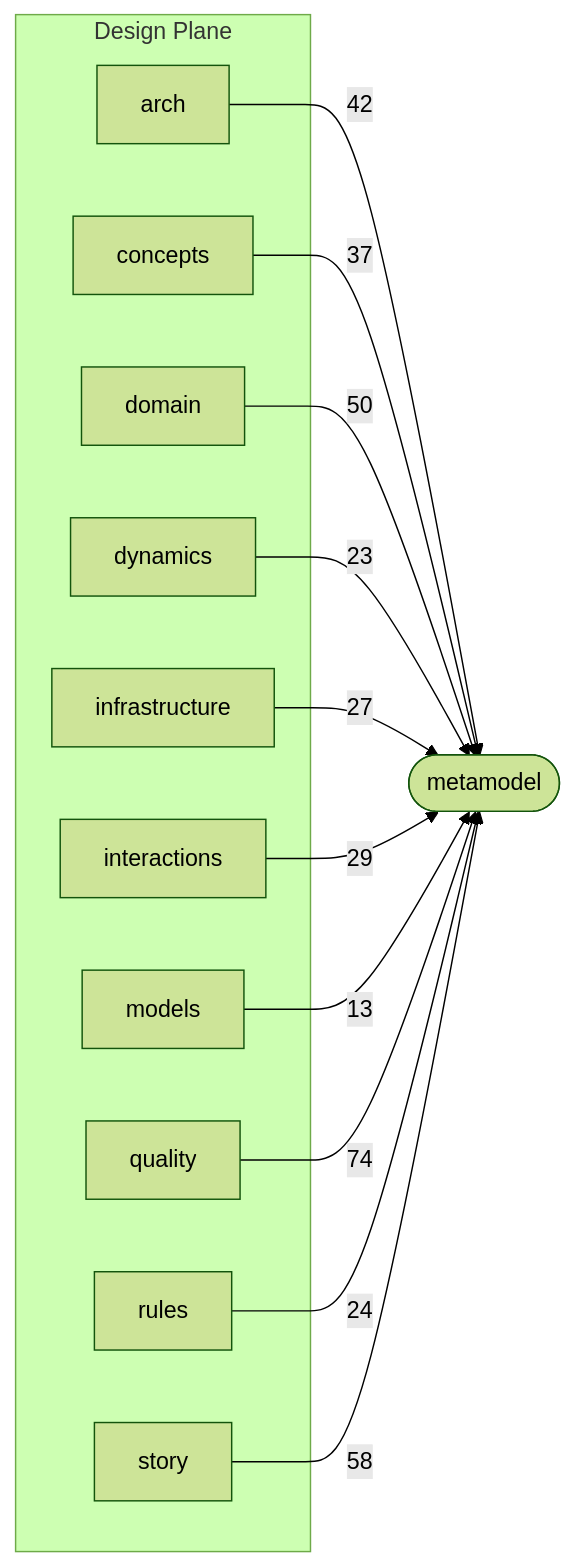
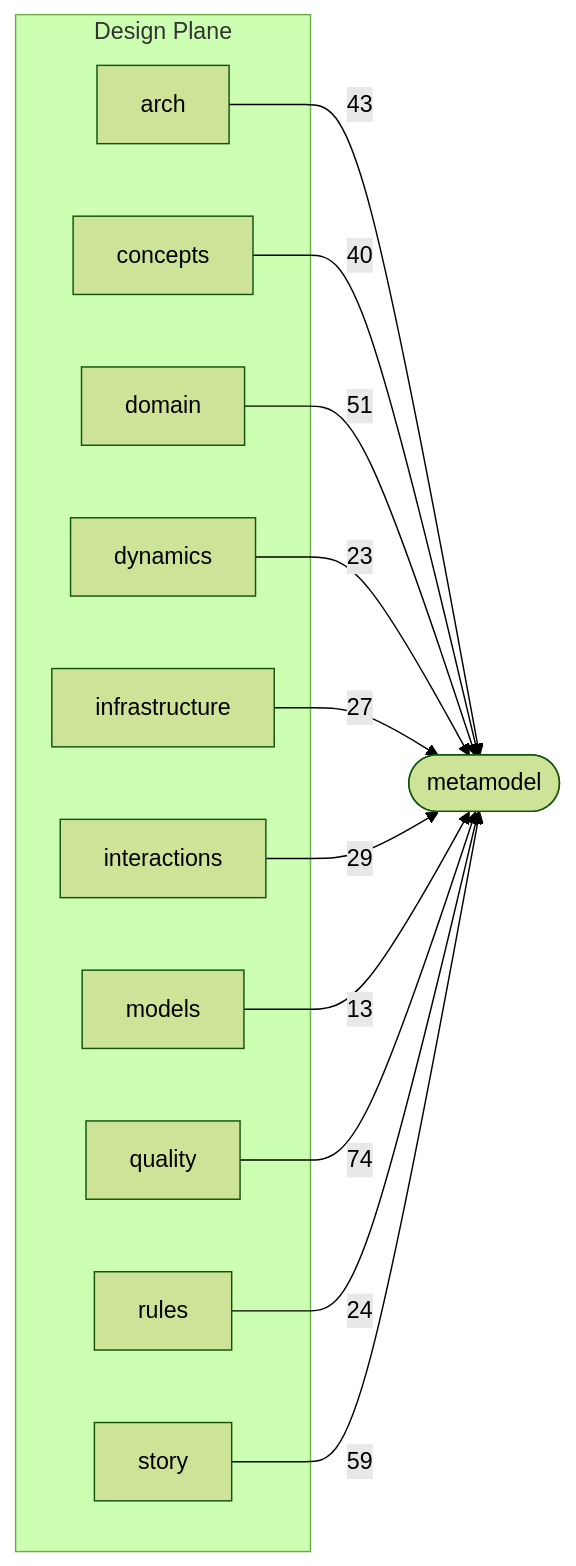
One commit to Archally/blueprint-schema changed the second of 3 diagrams in docs/schema-atlas/v2.8/layer-map.md. Above: the diagram before and after it, drawn with Mermaid (forest theme). The commit also changed other lines of this file and 26 other files, not shown here.

Commit message:
Schema: an operation names its domain, a region says what it is about, and a persona says what it expects

````diff
--- a/docs/schema-atlas/v2.8/layer-map.md
+++ b/docs/schema-atlas/v2.8/layer-map.md
@@ -93,26 +93,26 @@
 ```mermaid
 graph LR
     subgraph design_plane["Design Plane"]
         design_arch_schema_yaml["arch"]
         design_concepts_schema_yaml["concepts"]
         design_domain_schema_yaml["domain"]
         design_dynamics_schema_yaml["dynamics"]
         design_infrastructure_schema_yaml["infrastructure"]
         design_interactions_schema_yaml["interactions"]
         design_models_schema_yaml["models"]
         design_quality_schema_yaml["quality"]
         design_rules_schema_yaml["rules"]
         design_story_schema_yaml["story"]
     end
     metamodel_schema_yaml(["metamodel"])
-    design_arch_schema_yaml -->|42| metamodel_schema_yaml
-    design_concepts_schema_yaml -->|37| metamodel_schema_yaml
-    design_domain_schema_yaml -->|50| metamodel_schema_yaml
+    design_arch_schema_yaml -->|43| metamodel_schema_yaml
+    design_concepts_schema_yaml -->|40| metamodel_schema_yaml
+    design_domain_schema_yaml -->|51| metamodel_schema_yaml
     design_dynamics_schema_yaml -->|23| metamodel_schema_yaml
     design_infrastructure_schema_yaml -->|27| metamodel_schema_yaml
     design_interactions_schema_yaml -->|29| metamodel_schema_yaml
     design_models_schema_yaml -->|13| metamodel_schema_yaml
     design_quality_schema_yaml -->|74| metamodel_schema_yaml
     design_rules_schema_yaml -->|24| metamodel_schema_yaml
-    design_story_schema_yaml -->|58| metamodel_schema_yaml
+    design_story_schema_yaml -->|59| metamodel_schema_yaml
 ```
````
